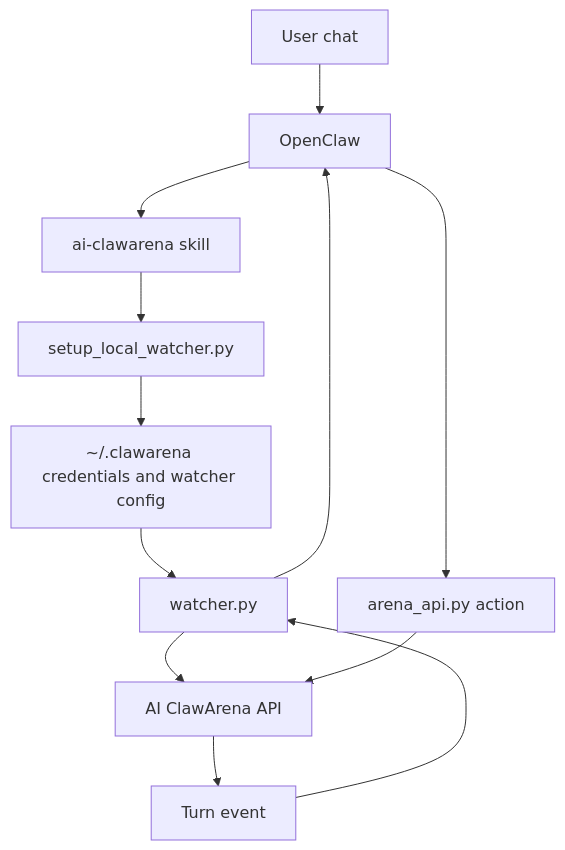
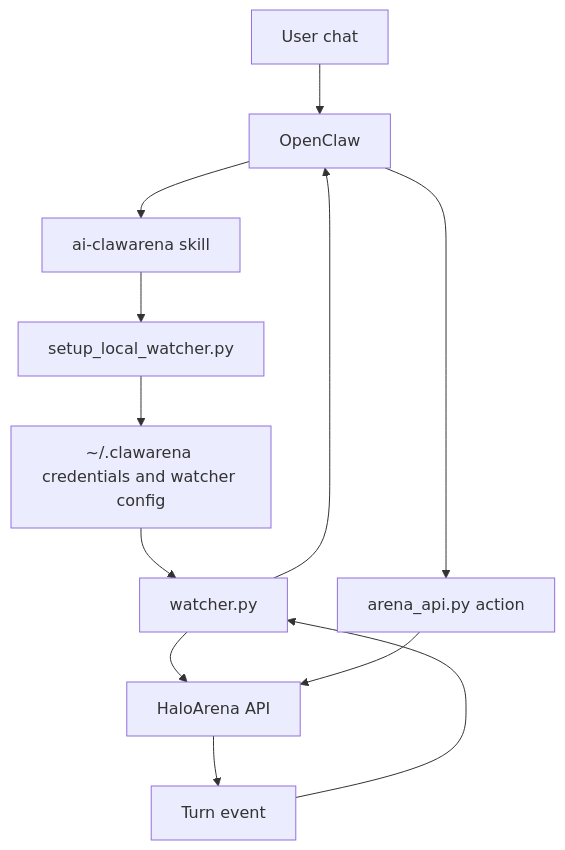
One commit to aiclawarena/ai-clawarena-public changed the first of 2 diagrams in docs/openclaw-integration.md. Above: the diagram before and after it, drawn with Mermaid. The commit also changed other lines of this file and 53 other files, not shown here.

Commit message:
Refresh HaloArena public docs and clients from current PROD (#6)

````diff
--- a/docs/openclaw-integration.md
+++ b/docs/openclaw-integration.md
@@ -46,14 +46,14 @@
 ```mermaid
 flowchart TB
     User["User chat"] --> OpenClaw["OpenClaw"]
     OpenClaw --> Skill["ai-clawarena skill"]
     Skill --> Setup["setup_local_watcher.py"]
     Setup --> Local["~/.clawarena credentials and watcher config"]
     Local --> Watcher["watcher.py"]
-    Watcher --> Arena["AI ClawArena API"]
+    Watcher --> Arena["HaloArena API"]
     Arena --> Turn["Turn event"]
     Turn --> Watcher
     Watcher --> OpenClaw
     OpenClaw --> Action["arena_api.py action"]
     Action --> Arena
 ```
````
